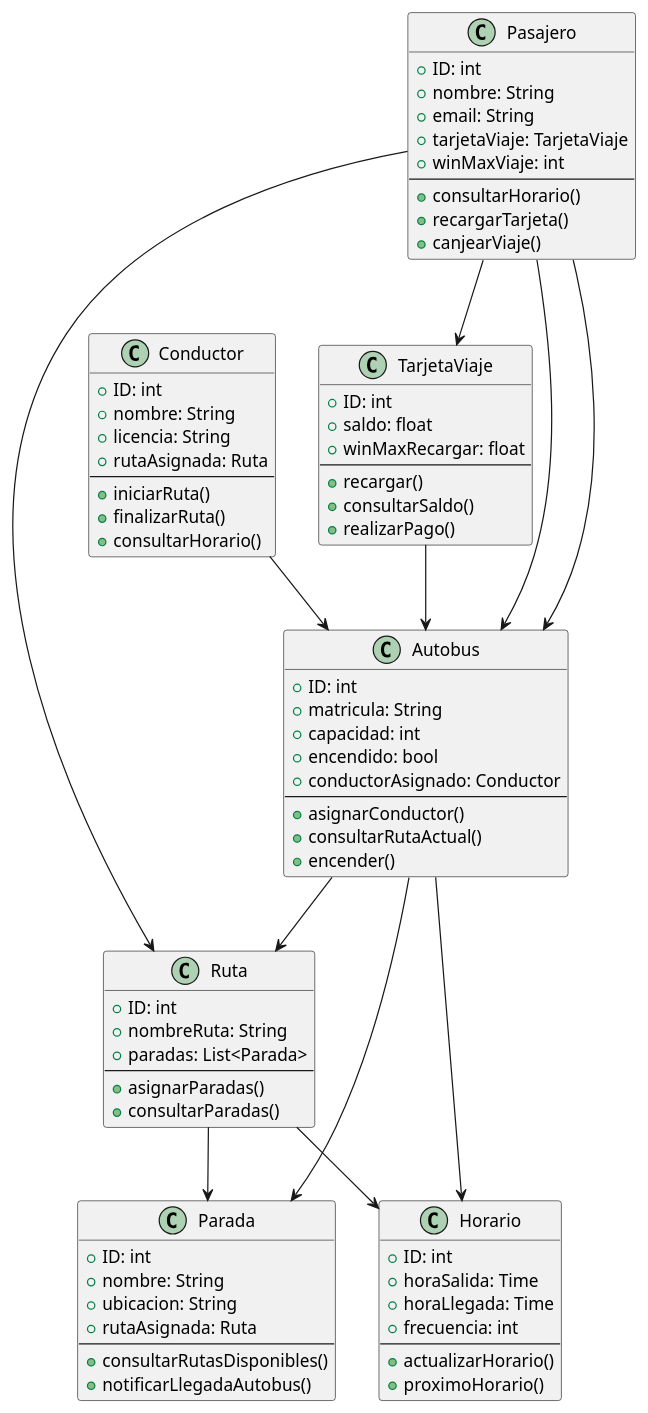
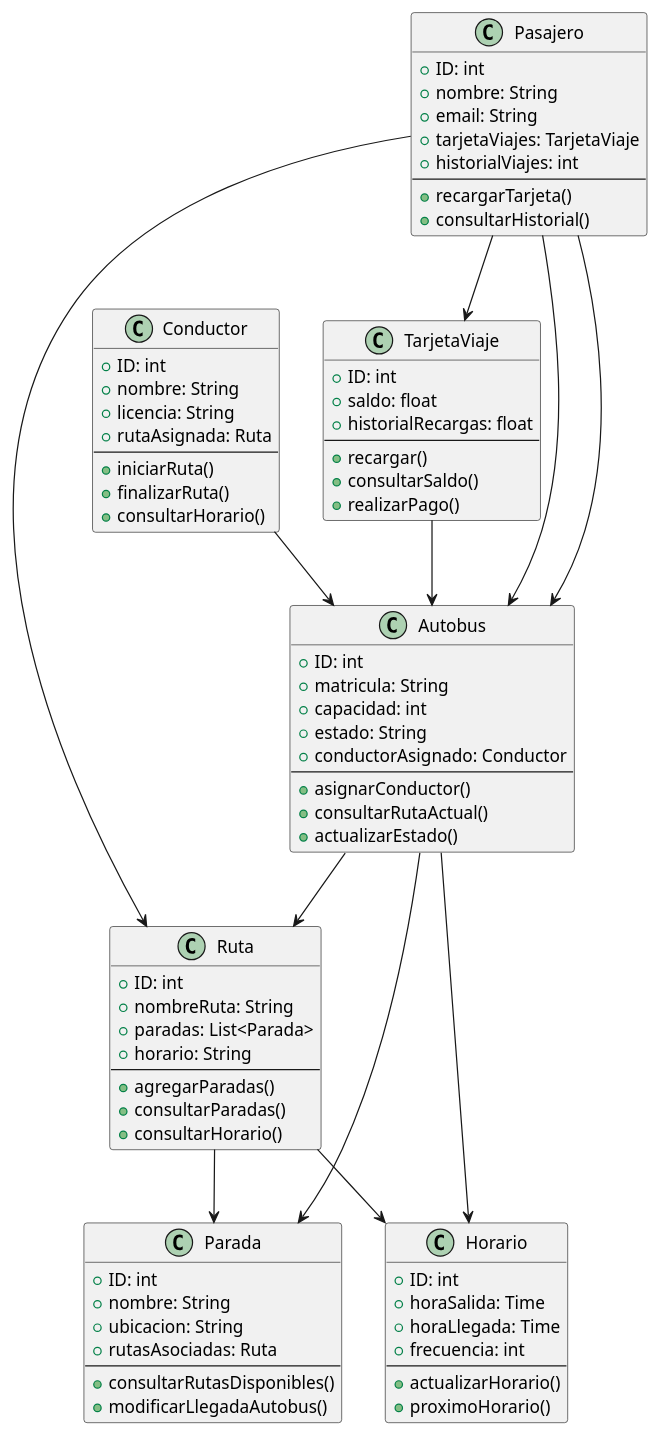
The diagram in modelosUML/diagramaClases.puml (Ingenieria-Informatica-UNEATLANTICO/app-actividad-post-parcial-srgiom), drawn with PlantUML before and after one commit.

```diff
--- a/modelosUML/diagramaClases.puml
+++ b/modelosUML/diagramaClases.puml
@@ -1,89 +1,90 @@
 @startuml
 
 class Pasajero {
     +ID: int
     +nombre: String
     +email: String
-    +tarjetaViaje: TarjetaViaje
-    +winMaxViaje: int
+    +tarjetaViajes: TarjetaViaje
+    +historialViajes: int
     --
-    +consultarHorario()
     +recargarTarjeta()
-    +canjearViaje()
+    +consultarHistorial()
 }
 
 class Autobus {
     +ID: int
     +matricula: String
     +capacidad: int
-    +encendido: bool
+    +estado: String
     +conductorAsignado: Conductor
     --
     +asignarConductor()
     +consultarRutaActual()
-    +encender()
+    +actualizarEstado()
 }
 
 class Conductor {
     +ID: int
     +nombre: String
     +licencia: String
     +rutaAsignada: Ruta
     --
     +iniciarRuta()
     +finalizarRuta()
     +consultarHorario()
 }
 
 class Ruta {
     +ID: int
     +nombreRuta: String
     +paradas: List<Parada>
+    +horario: String
     --
-    +asignarParadas()
+    +agregarParadas()
     +consultarParadas()
+    +consultarHorario()
 }
 
 class Parada {
     +ID: int
     +nombre: String
     +ubicacion: String
-    +rutaAsignada: Ruta
+    +rutasAsociadas: Ruta
     --
     +consultarRutasDisponibles()
-    +notificarLlegadaAutobus()
+    +modificarLlegadaAutobus()
 }
 
 class TarjetaViaje {
     +ID: int
     +saldo: float
-    +winMaxRecargar: float
+    +historialRecargas: float
     --
     +recargar()
     +consultarSaldo()
     +realizarPago()
 }
 
 class Horario {
     +ID: int
     +horaSalida: Time
     +horaLlegada: Time
     +frecuencia: int
     --
     +actualizarHorario()
     +proximoHorario()
 }
 
 Pasajero --> Ruta
 Pasajero --> TarjetaViaje
 Pasajero --> Autobus
 Conductor --> Autobus
 Autobus --> Ruta
 Ruta --> Horario
 Ruta --> Parada
 TarjetaViaje --> Autobus
 Autobus --> Parada
 Pasajero --> Autobus
 Autobus --> Horario
 
 @enduml
```
